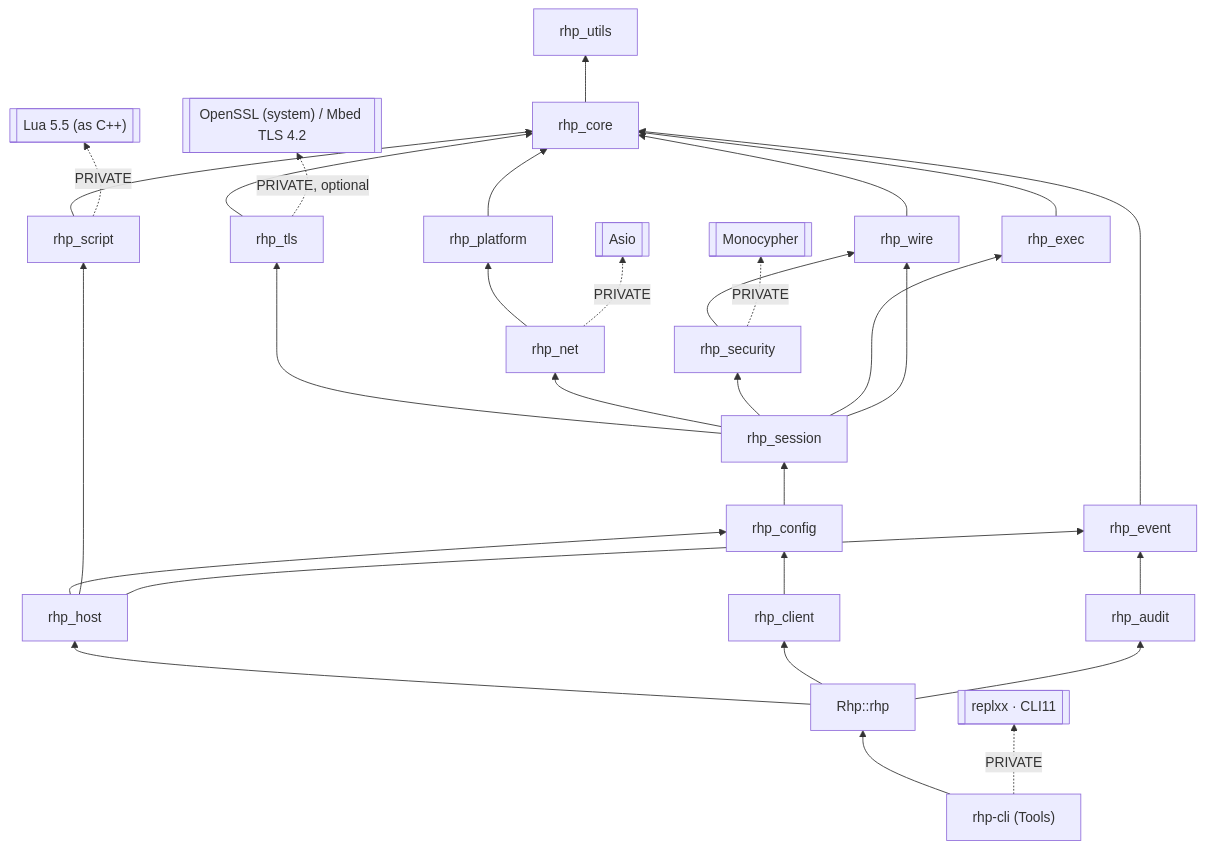
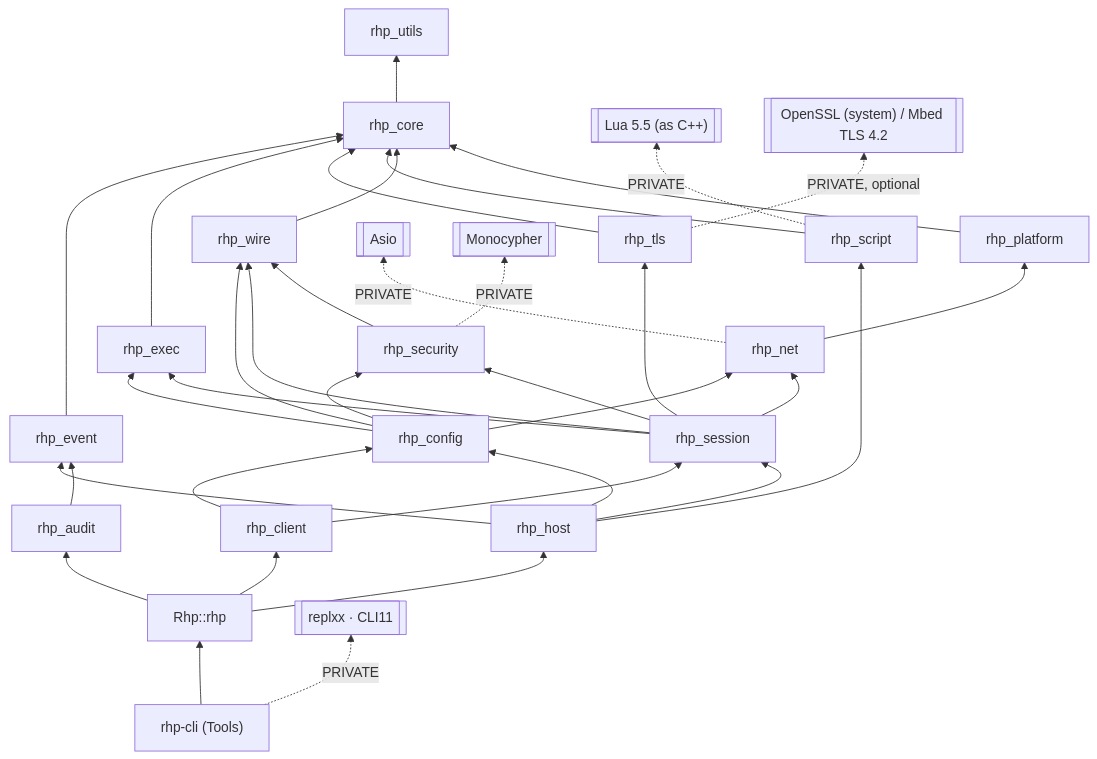
Before and after one commit to tonytranrp/RHP: diagram 12 of 14 in Docs/ARCHITECTURE.md, drawn with Mermaid. The commit also changed other lines of this file and 15 other files, not shown here.

````diff
--- a/Docs/ARCHITECTURE.md
+++ b/Docs/ARCHITECTURE.md
@@ -932,33 +804,38 @@
 ```mermaid
 flowchart BT
     utils["rhp_utils"]
     core["rhp_core"] --> utils
     platform["rhp_platform"] --> core
     wire["rhp_wire"] --> core
     script["rhp_script"] --> core
     script -. PRIVATE .-> lua[["Lua 5.5 (as C++)"]]
     net["rhp_net"] --> platform
     net -. PRIVATE .-> asio[["Asio"]]
     sec["rhp_security"] --> wire
     sec -. PRIVATE .-> mono[["Monocypher"]]
     tlsmod["rhp_tls"] --> core
     tlsmod -. PRIVATE, optional .-> tls[["OpenSSL (system) / Mbed TLS 4.2"]]
     session --> tlsmod
     exec["rhp_exec"] --> core
     session["rhp_session"] --> net
     session --> sec
     session --> exec
     session --> wire
-    config["rhp_config"] --> session
+    config["rhp_config"] --> net
+    config --> sec
+    config --> exec
+    config --> wire
     host["rhp_host"] --> config
+    host --> session
     host --> script
     event["rhp_event"] --> core
     audit["rhp_audit"] --> event
     host --> event
     client["rhp_client"] --> config
+    client --> session
     rhp["Rhp::rhp"] --> host
     rhp --> client
     rhp --> audit
     cli["rhp-cli (Tools)"] --> rhp
     cli -. PRIVATE .-> rx[["replxx · CLI11"]]
 ```
````
